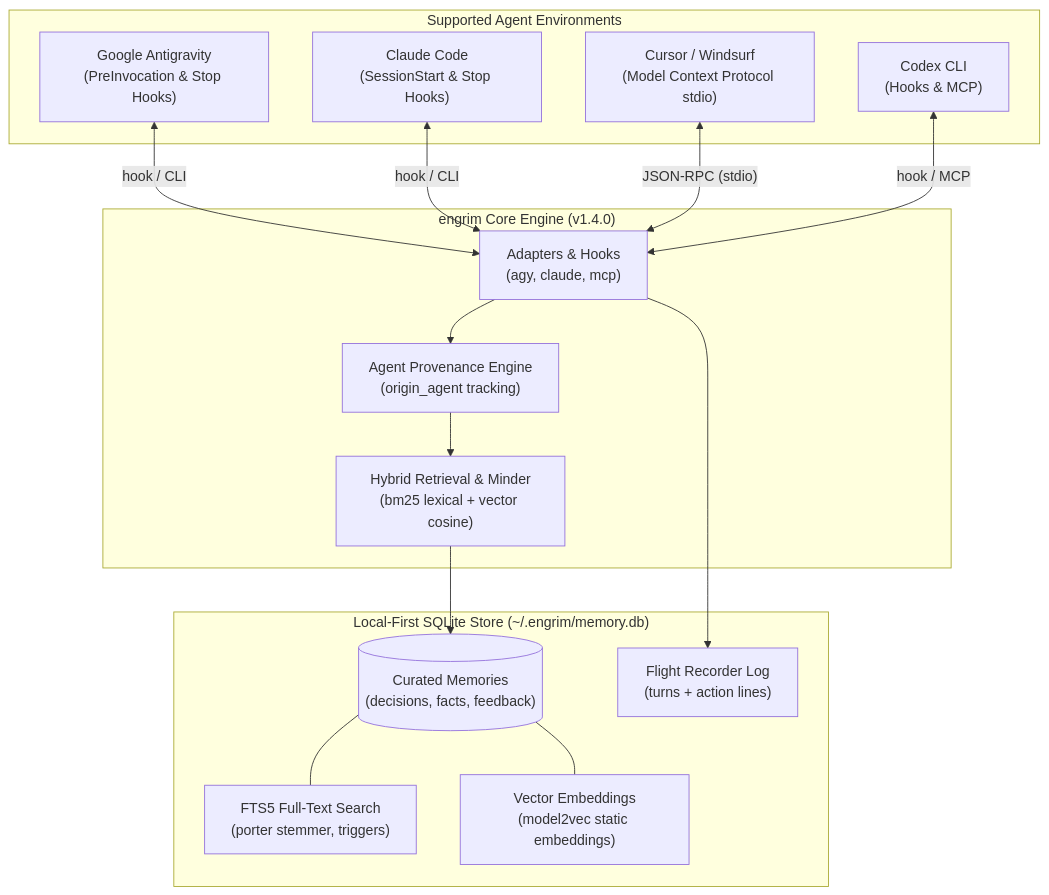
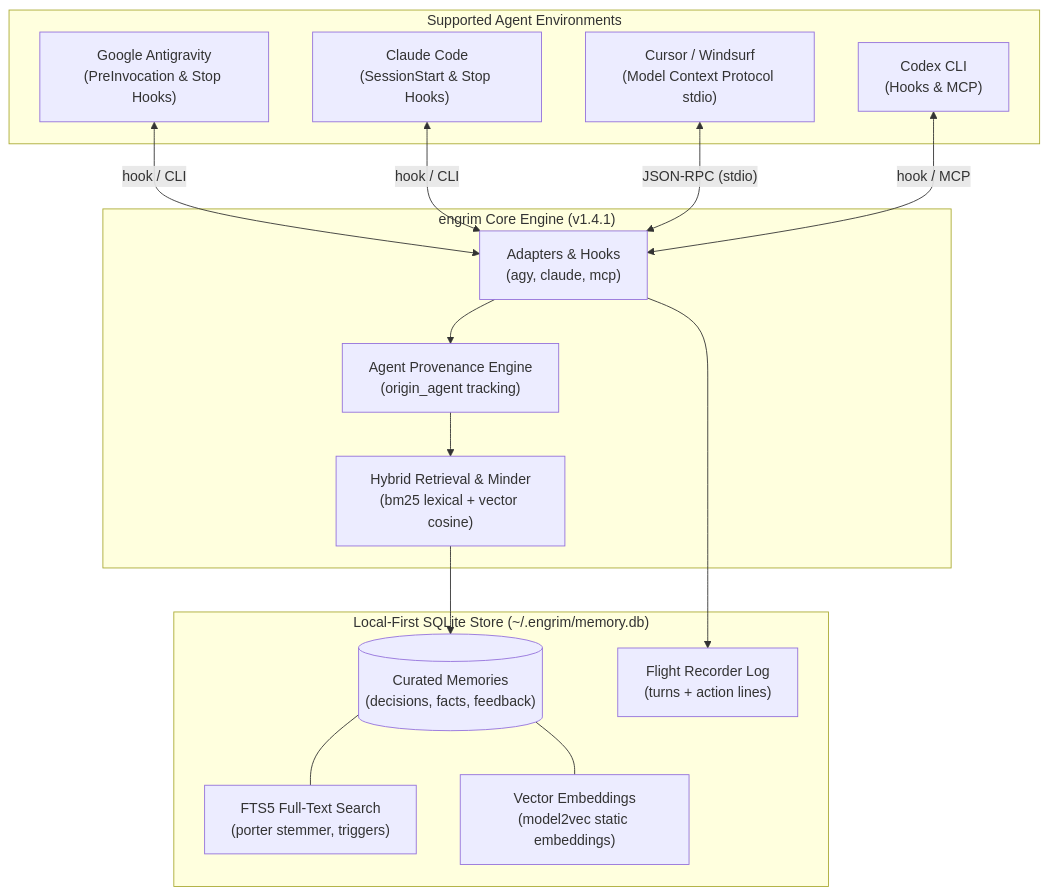
Before and after one commit to timgordontg/engrim: the diagram in README.md, drawn with Mermaid. The commit also changed 6 other files, not shown here.

Commit message:
chore: bump version to 1.4.1 & enrich MCP tool definition schemas

````diff
--- a/README.md
+++ b/README.md
@@ -42,33 +42,33 @@
 ```mermaid
 graph TD
     subgraph Agents ["Supported Agent Environments"]
         AGY["Google Antigravity<br/>(PreInvocation & Stop Hooks)"]
         CLAUDE["Claude Code<br/>(SessionStart & Stop Hooks)"]
         CURSOR["Cursor / Windsurf<br/>(Model Context Protocol stdio)"]
         CODEX["Codex CLI<br/>(Hooks & MCP)"]
     end
 
-    subgraph CoreEngine ["engrim Core Engine (v1.4.0)"]
+    subgraph CoreEngine ["engrim Core Engine (v1.4.1)"]
         ADAPTERS["Adapters & Hooks<br/>(agy, claude, mcp)"]
         PROVENANCE["Agent Provenance Engine<br/>(origin_agent tracking)"]
         ROUTER["Hybrid Retrieval & Minder<br/>(bm25 lexical + vector cosine)"]
     end
 
     subgraph Storage ["Local-First SQLite Store (~/.engrim/memory.db)"]
         MEMORIES[("Curated Memories<br/>(decisions, facts, feedback)")]
         FTS5["FTS5 Full-Text Search<br/>(porter stemmer, triggers)"]
         VEC["Vector Embeddings<br/>(model2vec static embeddings)"]
         LOG["Flight Recorder Log<br/>(turns + action lines)"]
     end
 
     AGY <-->|"hook / CLI"| ADAPTERS
     CLAUDE <-->|"hook / CLI"| ADAPTERS
     CURSOR <-->|"JSON-RPC (stdio)"| ADAPTERS
     CODEX <-->|"hook / MCP"| ADAPTERS
     ADAPTERS --> PROVENANCE
     PROVENANCE --> ROUTER
     ROUTER --> MEMORIES
     MEMORIES --- FTS5
     MEMORIES --- VEC
     ADAPTERS --> LOG
 ```
````
